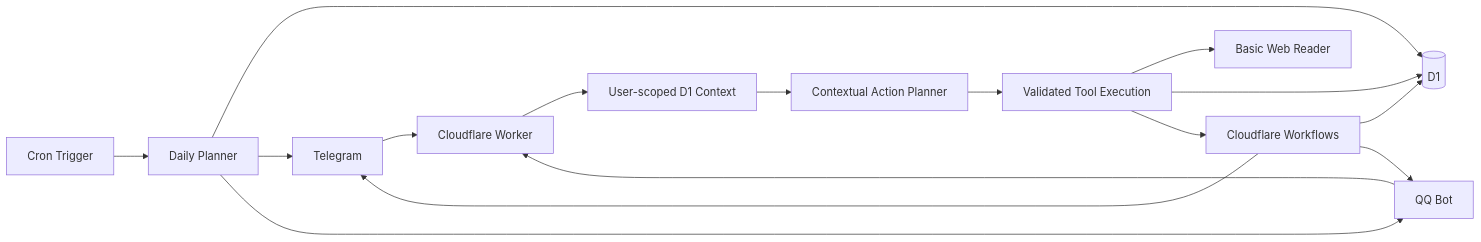
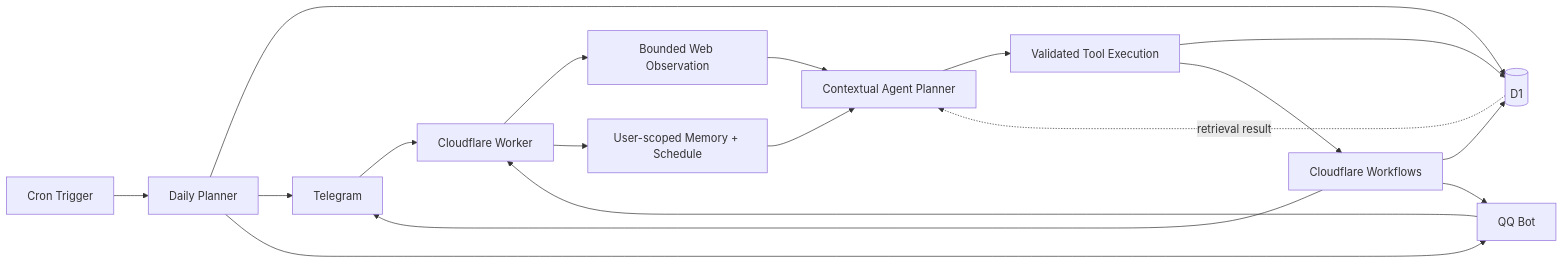
Before and after one commit to kinamind/Desk-IX: the diagram in README.md, drawn with Mermaid. The commit also changed other lines of this file and 17 other files, not shown here.

Commit message:
Build lightweight agent observation loop

````diff
--- a/README.md
+++ b/README.md
@@ -34,18 +36,20 @@
 ```mermaid
 flowchart LR
   TG["Telegram"] --> WH["Cloudflare Worker"]
   QQ["QQ Bot"] --> WH
-  WH --> CTX["User-scoped D1 Context"]
-  CTX --> AI["Contextual Action Planner"]
+  WH --> OBS["Bounded Web Observation"]
+  WH --> CTX["User-scoped Memory + Schedule"]
+  OBS --> AI["Contextual Agent Planner"]
+  CTX --> AI
   AI --> EX["Validated Tool Execution"]
-  EX --> WEB["Basic Web Reader"]
   EX --> D1[("D1")]
   EX --> WF["Cloudflare Workflows"]
+  D1 -. "retrieval result" .-> AI
   WF --> D1
   WF --> TG
   WF --> QQ
   CR["Cron Trigger"] --> PLAN["Daily Planner"]
   PLAN --> D1
   PLAN --> TG
   PLAN --> QQ
 ```
````
